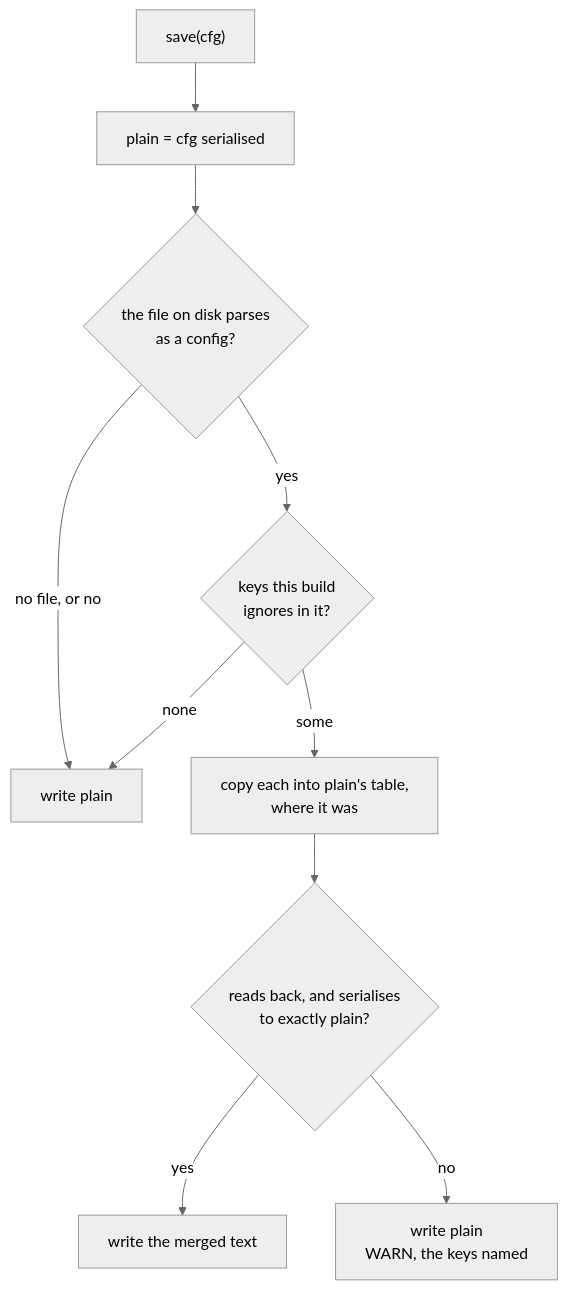
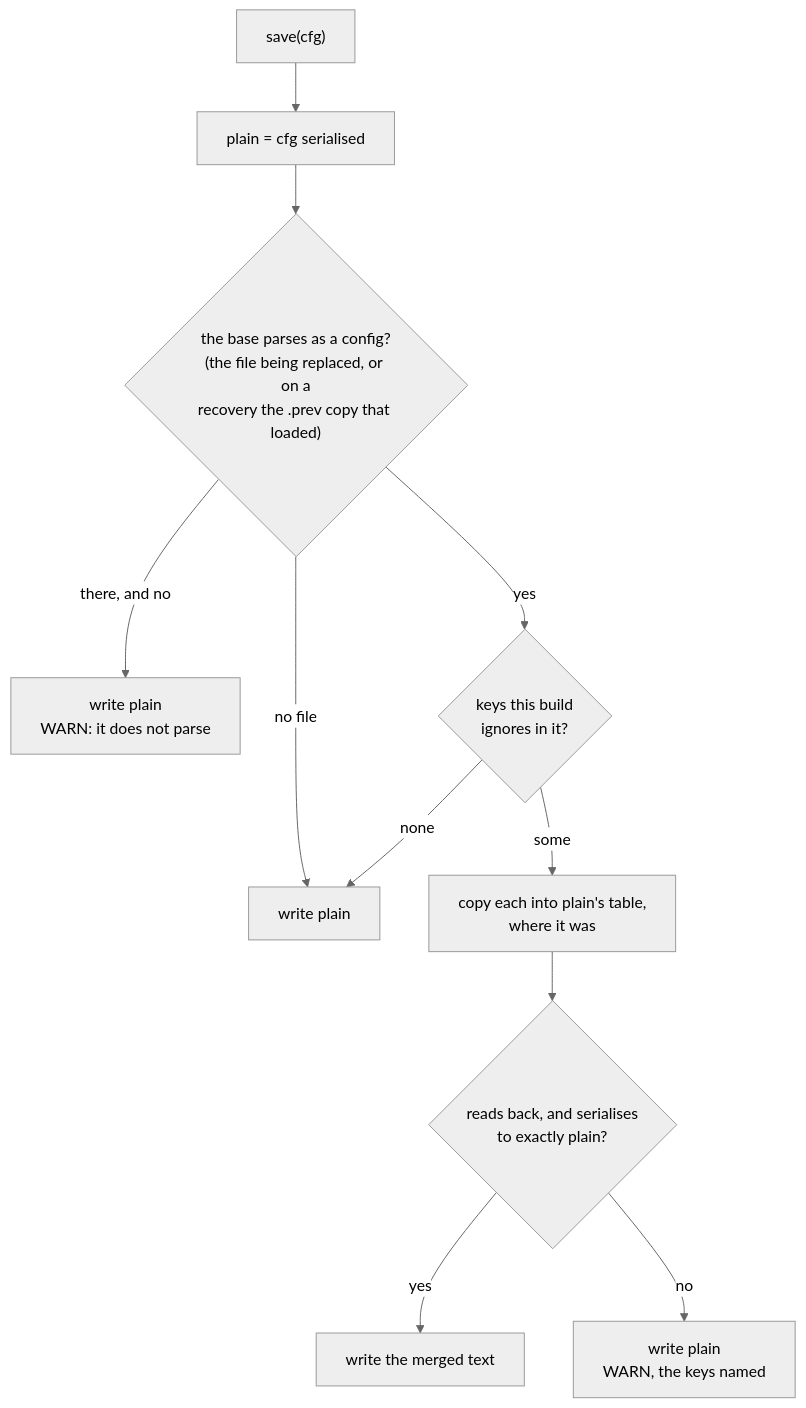
One commit to gjovanov/roomler-ai changed the fourth of 8 diagrams in docs/installation.md. Above: the diagram before and after it, drawn with Mermaid (neutral theme). The commit also changed other lines of this file and 2 other files, not shown here.

First line of the commit message:
fix(config): an entry's identity is this build's, and a recovery keeps the .prev copy's unknown keys (#2078)

````diff
--- a/docs/installation.md
+++ b/docs/installation.md
@@ -247,12 +247,13 @@
 ```mermaid
 flowchart TD
     S["save(cfg)"] --> P["plain = cfg serialised"]
-    P --> R{"the file on disk parses<br/>as a config?"}
-    R -->|"no file, or no"| W["write plain"]
+    P --> R{"the base parses as a config?<br/>(the file being replaced, or on a<br/>recovery the .prev copy that loaded)"}
+    R -->|"no file"| W["write plain"]
+    R -->|"there, and no"| WP["write plain<br/>WARN: it does not parse"]
     R -->|"yes"| U{"keys this build<br/>ignores in it?"}
     U -->|"none"| W
     U -->|"some"| M["copy each into plain's table,<br/>where it was"]
     M --> C{"reads back, and serialises<br/>to exactly plain?"}
     C -->|"yes"| WM["write the merged text"]
     C -->|"no"| WW["write plain<br/>WARN, the keys named"]
 ```
````
